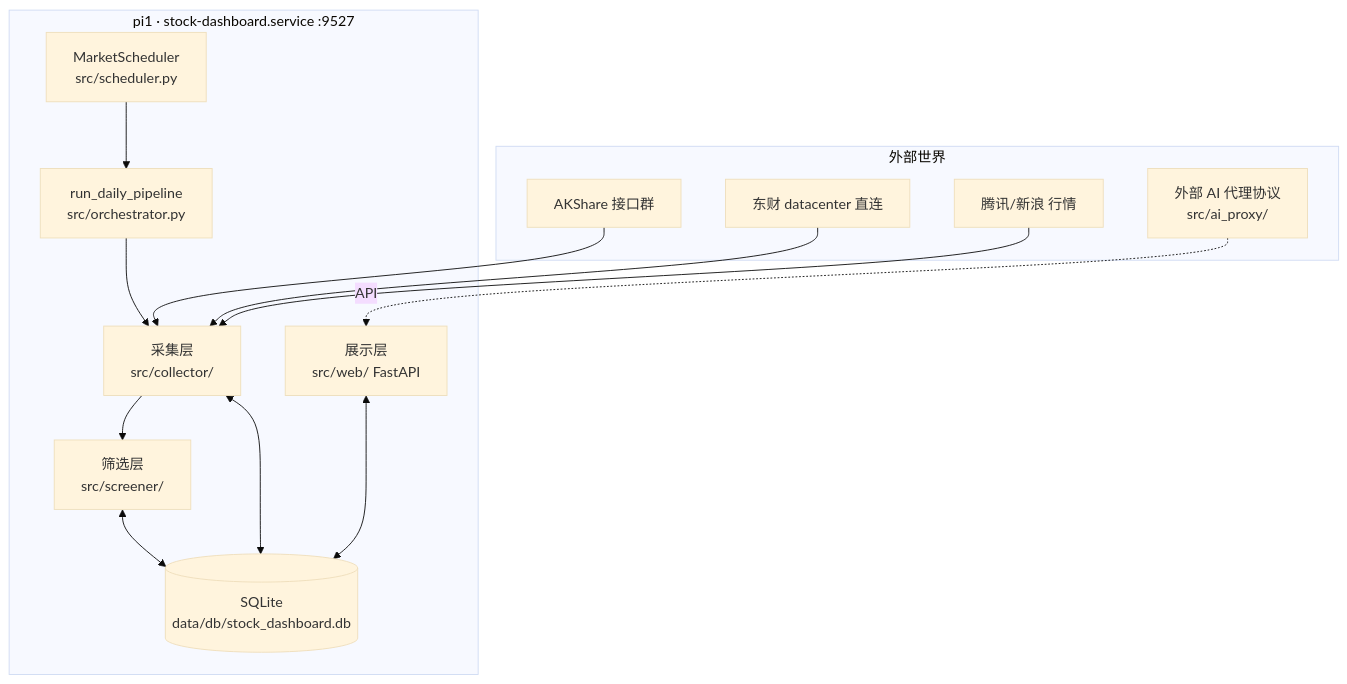
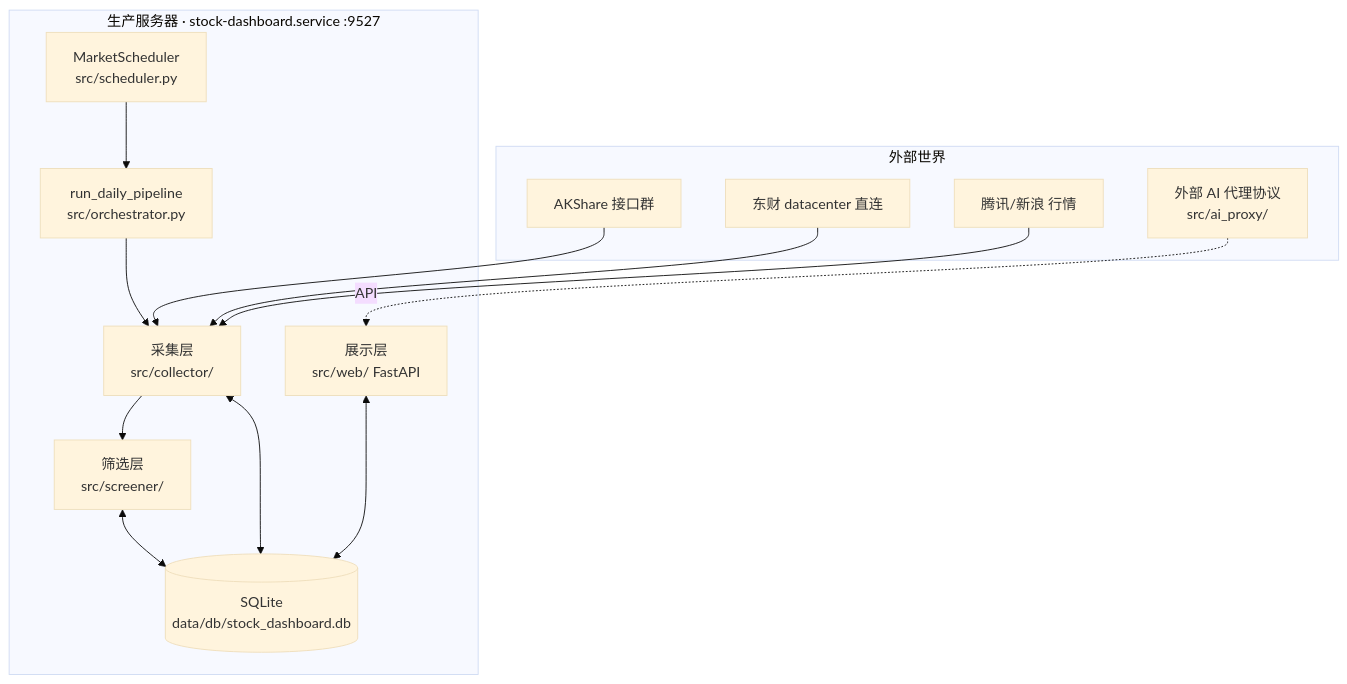
One commit to oldfunk/stock-dashboard changed the first of 2 diagrams in docs/architecture.md. Above: the diagram before and after it, drawn with Mermaid (base theme). The commit also changed other lines of this file and 22 other files, not shown here.

````diff
--- a/docs/architecture.md
+++ b/docs/architecture.md
@@ -8,28 +8,28 @@
 ```mermaid
 flowchart TB
     subgraph EXT[外部世界]
         AK[AKShare 接口群]
         EM[东财 datacenter 直连]
         TX[腾讯/新浪 行情]
         HP[外部 AI 代理协议<br/>src/ai_proxy/]
     end
 
-    subgraph PI[pi1 · stock-dashboard.service :9527]
+    subgraph PROD[生产服务器 · stock-dashboard.service :9527]
         SCH[MarketScheduler<br/>src/scheduler.py]
         ORCH[run_daily_pipeline<br/>src/orchestrator.py]
         COL[采集层<br/>src/collector/]
         SCR[筛选层<br/>src/screener/]
         WEB[展示层<br/>src/web/ FastAPI]
         DB[(SQLite<br/>data/db/stock_dashboard.db)]
     end
 
     AK --> COL
     EM --> COL
     TX --> COL
     HP -.API.-> WEB
     SCH --> ORCH
     ORCH --> COL --> SCR
     COL <--> DB
     SCR <--> DB
     WEB <--> DB
 ```
````
